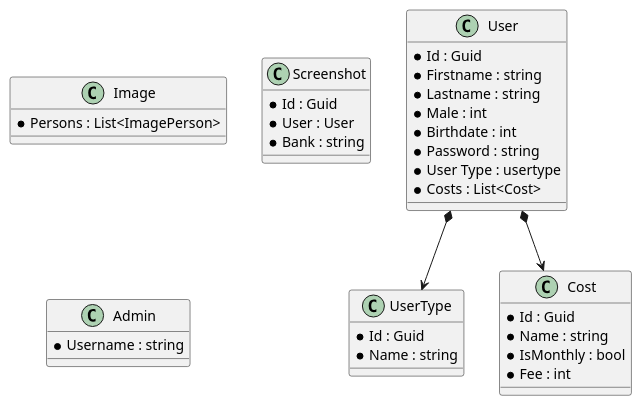
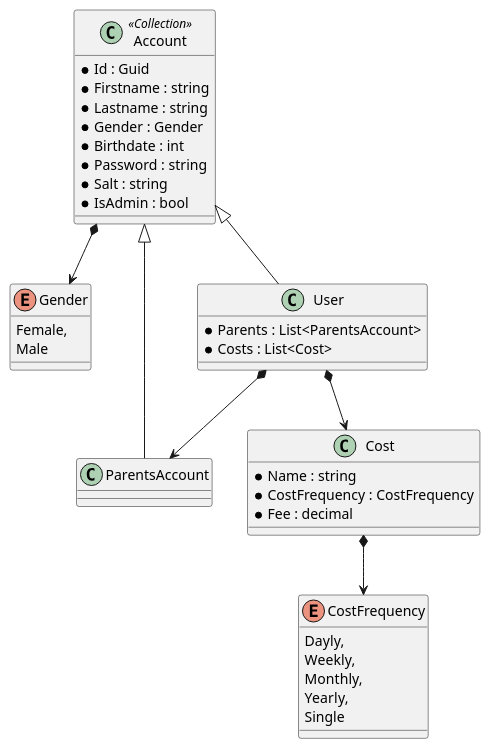
One commit to jankovic-s/alvin_DBI-SZ changed the diagram in modell.md. Above: the diagram before and after it, drawn with PlantUML.

Commit message:
Schletz gönnt

````diff
--- a/modell.md
+++ b/modell.md
@@ -3,52 +3,57 @@
 ```plantuml
 @startuml
 
-class User {
+class Account<<Collection>> {
     *Id : Guid
     *Firstname : string
     *Lastname : string
-    *Male : int
+    *Gender : Gender
     *Birthdate : int
     *Password : string
-    *User Type : usertype
+    *Salt : string
+    *IsAdmin : bool
+}
+Account *--> Gender
+
+class User {
+    *Parents : List<ParentsAccount>
     *Costs : List<Cost>
 }
+User *--> ParentsAccount
+
+class ParentsAccount {
+
+}
+
+ParentsAccount -up-|> Account
+User -up-|> Account
 
 
-class UserType {
-    *Id : Guid
+class Cost {
     *Name : string
+    *CostFrequency : CostFrequency
+    *Fee : decimal
+}
+Cost *--> CostFrequency
+
+enum CostFrequency {
+    Dayly,
+    Weekly,
+    Monthly,
+    Yearly,
+    Single
 }
 
-
-class Image  {
-    *Persons : List<ImagePerson>
+enum Gender {
+    Female,
+    Male
 }
 
-class Cost {
-    *Id : Guid
-    *Name : string
-    *IsMonthly : bool
-    *Fee : int
-}
-
-class Screenshot {
-    *Id : Guid
-    *User : User
-    *Bank : string
-}
-
-class Admin {
-    *Username : string
-}
-
-
-User *--> UserType
 User *--> Cost
 
 
 
 @enduml
 
 
 ```
````
